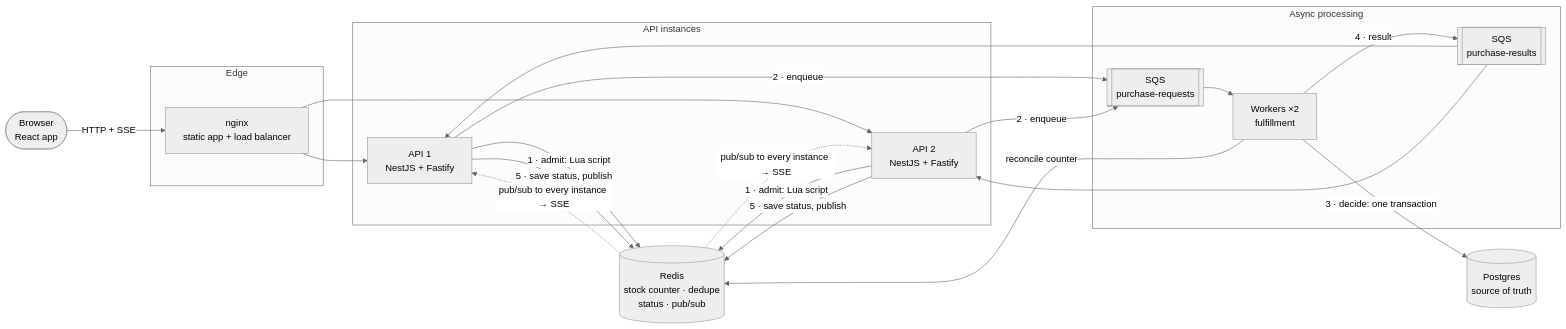
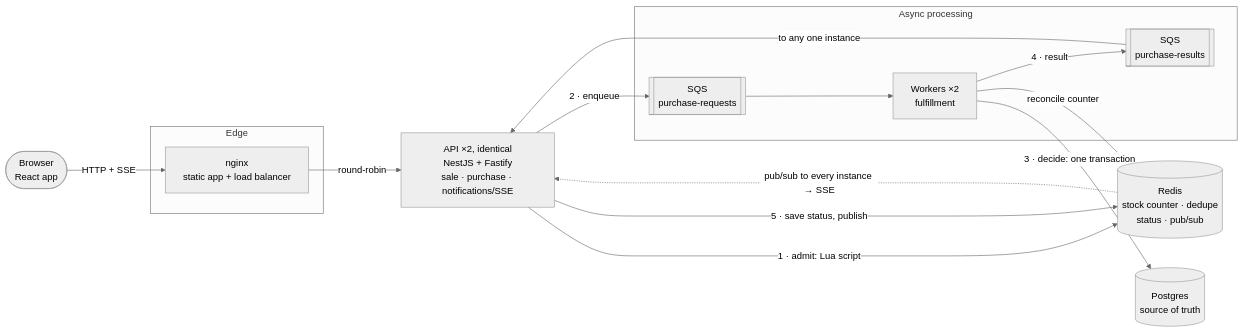
Before and after one commit to khamimblog/flash-sale-demo: the first of 2 diagrams in README.md, drawn with Mermaid (neutral theme). The commit also changed other lines of this file and 2 other files, not shown here.

````diff
--- a/README.md
+++ b/README.md
@@ -48,34 +55,31 @@
 ```mermaid
 flowchart LR
     user([Browser<br/>React app])
 
     subgraph edge [Edge]
         nginx[nginx<br/>static app + load balancer]
     end
 
-    subgraph api [API instances]
-        api1[API 1<br/>NestJS + Fastify]
-        api2[API 2<br/>NestJS + Fastify]
-    end
+    api[API ×2, identical<br/>NestJS + Fastify<br/>sale · purchase · notifications/SSE]
 
     subgraph async [Async processing]
         q1[[SQS<br/>purchase-requests]]
         workers[Workers ×2<br/>fulfillment]
         q2[[SQS<br/>purchase-results]]
     end
 
     redis[(Redis<br/>stock counter · dedupe<br/>status · pub/sub)]
     pg[(Postgres<br/>source of truth)]
 
     user -- "HTTP + SSE" --> nginx
-    nginx --> api1 & api2
-    api1 & api2 -- "1 · admit: Lua script" --> redis
-    api1 & api2 -- "2 · enqueue" --> q1
+    nginx -- "round-robin" --> api
+    api -- "1 · admit: Lua script" --> redis
+    api -- "2 · enqueue" --> q1
     q1 --> workers
     workers -- "3 · decide: one transaction" --> pg
     workers -- "reconcile counter" --> redis
     workers -- "4 · result" --> q2
-    q2 --> api1 & api2
-    api1 & api2 -- "5 · save status, publish" --> redis
-    redis -. "pub/sub to every instance → SSE" .-> api1 & api2
+    q2 -- "to any one instance" --> api
+    api -- "5 · save status, publish" --> redis
+    redis -. "pub/sub to every instance → SSE" .-> api
 ```
````
